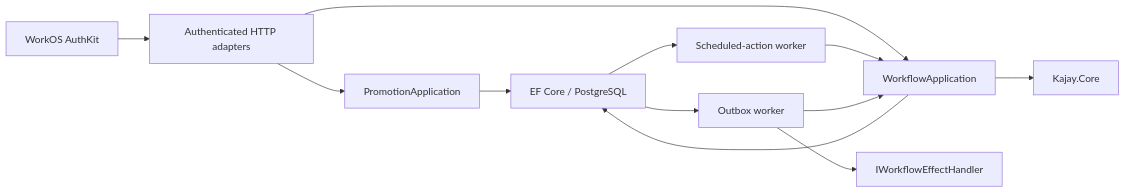
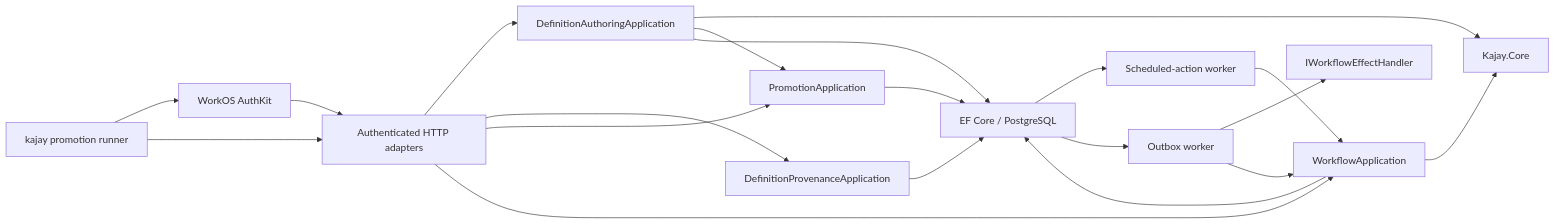
One commit to Contrct-Owner/kajay changed the diagram in docs/workflow-host.md. Above: the diagram before and after it, drawn with Mermaid. The commit also changed other lines of this file and 98 other files, not shown here.

Commit message:
feat: add managed definition delivery workflow

````diff
--- a/docs/workflow-host.md
+++ b/docs/workflow-host.md
@@ -80,14 +88,22 @@
 ```mermaid
 flowchart LR
     AuthKit["WorkOS AuthKit"] --> HTTP["Authenticated HTTP adapters"]
+    CLI["kajay promotion runner"] --> AuthKit
+    CLI --> HTTP
+    HTTP --> Authoring["DefinitionAuthoringApplication"]
+    HTTP --> Provenance["DefinitionProvenanceApplication"]
     HTTP --> Promotion["PromotionApplication"]
     HTTP --> Workflow["WorkflowApplication"]
-    Promotion --> Store["EF Core / PostgreSQL"]
-    Workflow --> SDK["Kajay.Core"]
+    Authoring --> SDK["Kajay.Core"]
+    Authoring --> Promotion
+    Authoring --> Store["EF Core / PostgreSQL"]
+    Provenance --> Store
+    Promotion --> Store
+    Workflow --> SDK
     Workflow --> Store
     Store --> Timer["Scheduled-action worker"]
     Store --> Outbox["Outbox worker"]
     Timer --> Workflow
     Outbox --> Effect["IWorkflowEffectHandler"]
     Outbox --> Workflow
 ```
````
